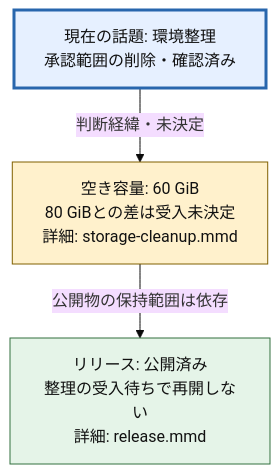
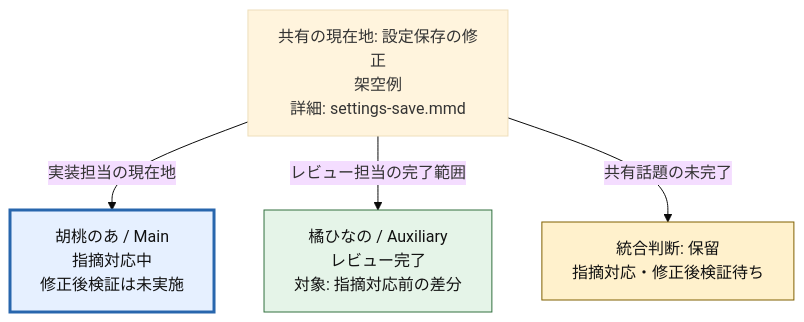
The diagram in skills/session-graph/assets/index.mmd (natumekazuki/.codex), drawn with Mermaid (base theme) before and after one commit. The commit also changed 3 other files, not shown here.

Commit message:
feat(session-graph): Characterの帰属と並行する共有状態を保持

```diff
--- a/skills/session-graph/assets/index.mmd
+++ b/skills/session-graph/assets/index.mmd
@@ -1,12 +1,13 @@
 flowchart TB
-    %% 架空の説明例。数値・状態・参照先を実作業の事実へ置き換える。
-    NOW["現在の話題: 環境整理<br/>承認範囲の削除・確認済み"]:::active
-    CLEANUP["空き容量: 60 GiB<br/>80 GiBとの差は受入未決定<br/>詳細: storage-cleanup.mmd"]:::pending
-    RELEASE["リリース: 公開済み<br/>整理の受入待ちで再開しない<br/>詳細: release.mmd"]:::done
-    NOW -->|判断経緯・未決定| CLEANUP
-    CLEANUP -->|公開物の保持範囲は依存| RELEASE
-    click CLEANUP "storage-cleanup.mmd" "環境整理の詳細"
-    click RELEASE "release.mmd" "公開と保持範囲"
+    %% 架空の説明例。Character・役割・状態・参照先は実作業の事実ではない。
+    NOW["共有の現在地: 設定保存の修正<br/>架空例<br/>詳細: settings-save.mmd"]
+    NOA["胡桃のあ / Main<br/>指摘対応中<br/>修正後検証は未実施"]:::active
+    HINA["橘ひなの / Auxiliary<br/>レビュー完了<br/>対象: 指摘対応前の差分"]:::done
+    ACCEPT["統合判断: 保留<br/>指摘対応・修正後検証待ち"]:::pending
+    NOW -->|実装担当の現在地| NOA
+    NOW -->|レビュー担当の完了範囲| HINA
+    NOW -->|共有話題の未完了| ACCEPT
+    click NOW "settings-save.mmd" "主体・対象範囲・根拠の詳細"
     classDef active fill:#e6f0ff,stroke:#2866ad,color:#111,stroke-width:3px
     classDef pending fill:#fff1cc,stroke:#806000,color:#111
     classDef done fill:#e5f4e8,stroke:#32703f,color:#111
```
